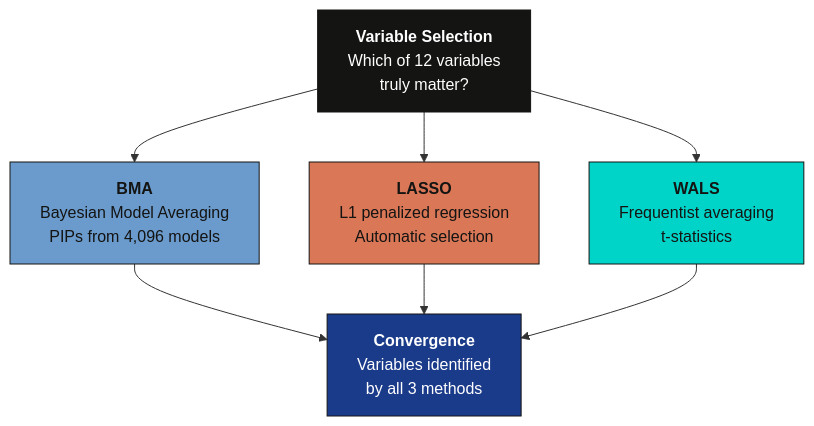
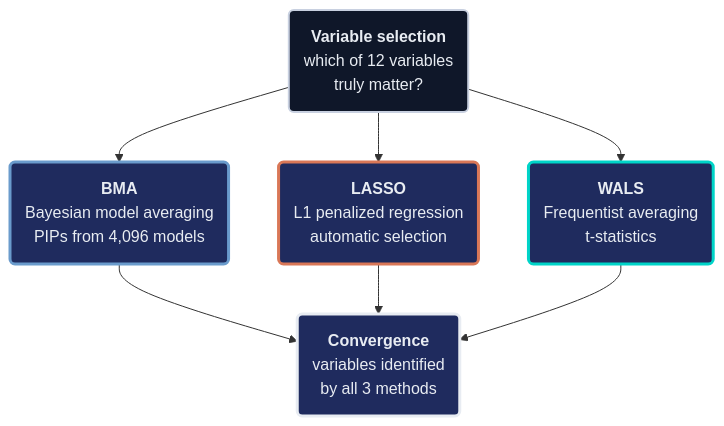
The diagram in content/post/r_bma_lasso_wals/index.md (cmg777/starter-academic-v501), drawn with Mermaid before and after one commit. The commit also changed 13 other files, not shown here.

First line of the commit message:
content(mermaid): restyle flowcharts in R posts

````diff
--- a/content/post/r_bma_lasso_wals/index.md
+++ b/content/post/r_bma_lasso_wals/index.md
@@ -74,16 +74,20 @@
 ```mermaid
 graph TD
-    Q["<b>Variable Selection</b><br/>Which of 12 variables<br/>truly matter?"] --> BMA
+    Q("<b>Variable selection</b><br/>which of 12 variables<br/>truly matter?") --> BMA
     Q --> LASSO
     Q --> WALS
 
-    BMA["<b>BMA</b><br/>Bayesian Model Averaging<br/>PIPs from 4,096 models"] --> R["<b>Convergence</b><br/>Variables identified<br/>by all 3 methods"]
-    LASSO["<b>LASSO</b><br/>L1 penalized regression<br/>Automatic selection"] --> R
-    WALS["<b>WALS</b><br/>Frequentist averaging<br/>t-statistics"] --> R
-
-    style Q fill:#141413,stroke:#141413,color:#fff
-    style BMA fill:#6a9bcc,stroke:#141413,color:#141413
-    style LASSO fill:#d97757,stroke:#141413,color:#141413
-    style WALS fill:#00d4c8,stroke:#141413,color:#141413
-    style R fill:#1a3a8a,stroke:#141413,color:#fff
+    BMA("<b>BMA</b><br/>Bayesian model averaging<br/>PIPs from 4,096 models") --> R("<b>Convergence</b><br/>variables identified<br/>by all 3 methods")
+    LASSO("<b>LASSO</b><br/>L1 penalized regression<br/>automatic selection") --> R
+    WALS("<b>WALS</b><br/>Frequentist averaging<br/>t-statistics") --> R
+    classDef anchor fill:#0f1729,stroke:#c8d0e0,stroke-width:2px,color:#e8ecf2
+    classDef blue fill:#1f2b5e,stroke:#6a9bcc,stroke-width:3px,color:#e8ecf2
+    classDef key fill:#1f2b5e,stroke:#e8ecf2,stroke-width:3px,color:#e8ecf2
+    classDef orange fill:#1f2b5e,stroke:#d97757,stroke-width:3px,color:#e8ecf2
+    classDef teal fill:#1f2b5e,stroke:#00d4c8,stroke-width:3px,color:#e8ecf2
+    class Q anchor
+    class BMA blue
+    class R key
+    class LASSO orange
+    class WALS teal
 ```
````
